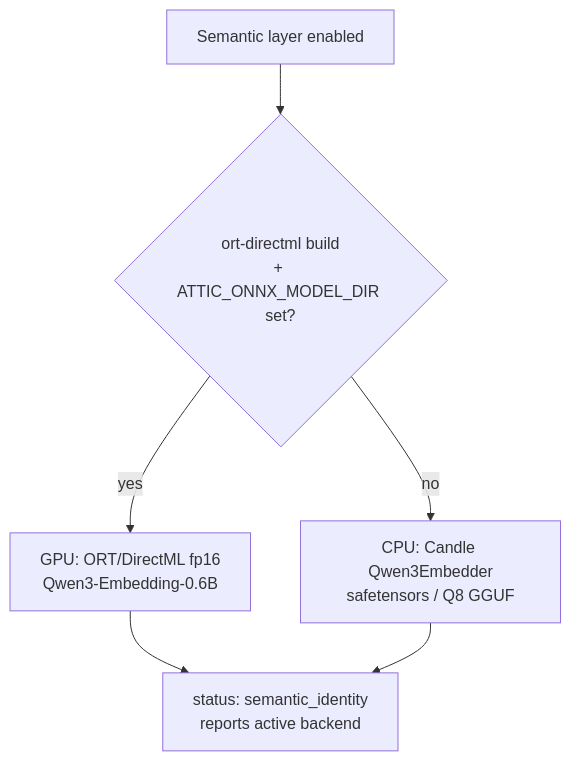
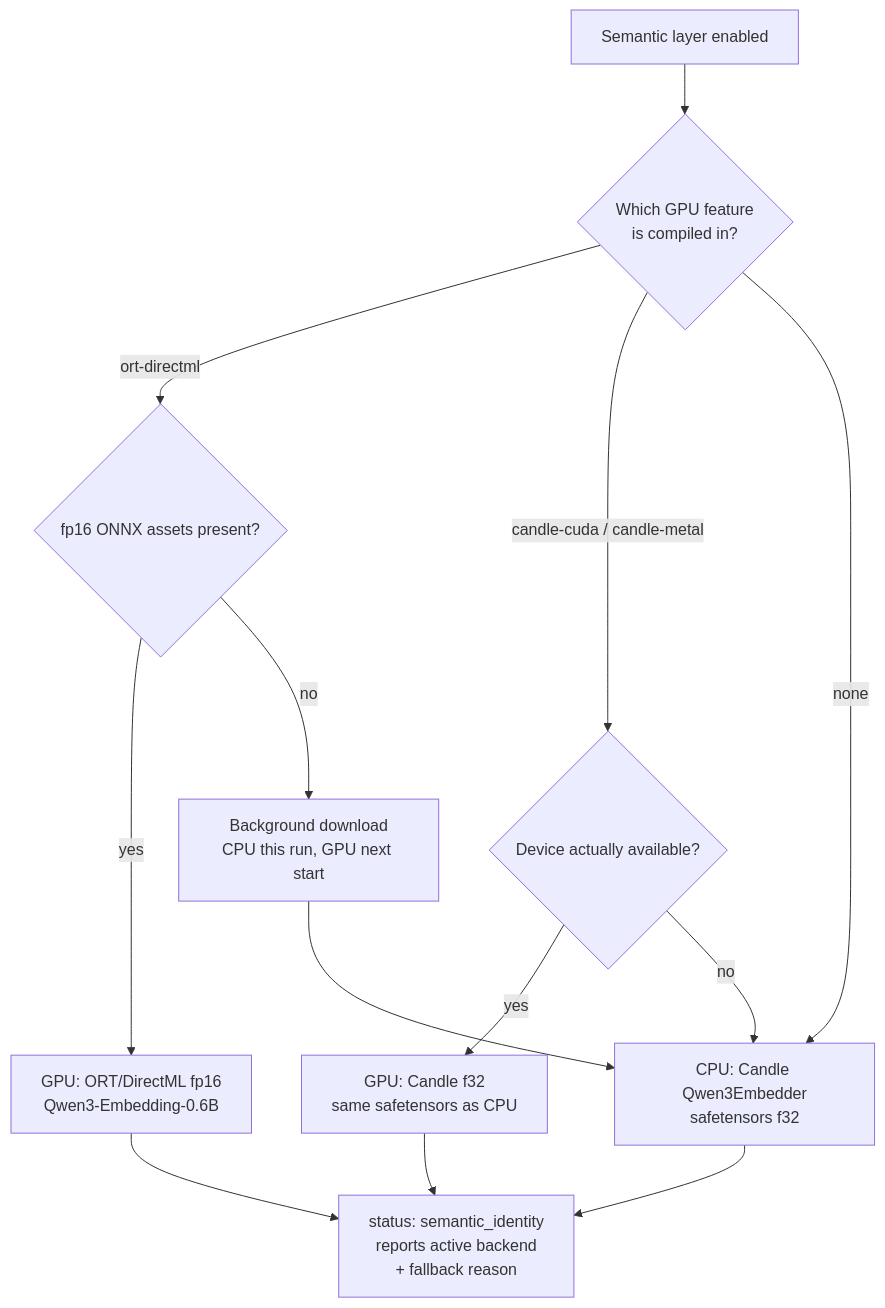
Before and after one commit to aman-5/attic: the fifth of 7 diagrams in docs/ARCHITECTURE.md, drawn with Mermaid. The commit also changed other lines of this file and 6 other files, not shown here.

First line of the commit message:
fix(semantic): report the backend actually compiled in, and stop advising a restart mid-recovery

````diff
--- a/docs/ARCHITECTURE.md
+++ b/docs/ARCHITECTURE.md
@@ -572,8 +572,15 @@
 ```mermaid
 flowchart TD
-    S[Semantic layer enabled] --> D{ort-directml build<br/>+ ATTIC_ONNX_MODEL_DIR set?}
-    D -- yes --> G[GPU: ORT/DirectML fp16<br/>Qwen3-Embedding-0.6B]
-    D -- no --> C[CPU: Candle Qwen3Embedder<br/>safetensors / Q8 GGUF]
-    G --> R[status: semantic_identity<br/>reports active backend]
+    S[Semantic layer enabled] --> P{Which GPU feature<br/>is compiled in?}
+    P -- ort-directml --> O{fp16 ONNX assets present?}
+    O -- yes --> G[GPU: ORT/DirectML fp16<br/>Qwen3-Embedding-0.6B]
+    O -- no --> DL[Background download<br/>CPU this run, GPU next start]
+    P -- candle-cuda / candle-metal --> DEV{Device actually available?}
+    DEV -- yes --> GC[GPU: Candle f32<br/>same safetensors as CPU]
+    DEV -- no --> C
+    P -- none --> C[CPU: Candle Qwen3Embedder<br/>safetensors f32]
+    DL --> C
+    G --> R[status: semantic_identity<br/>reports active backend<br/>+ fallback reason]
+    GC --> R
     C --> R
 ```
````
